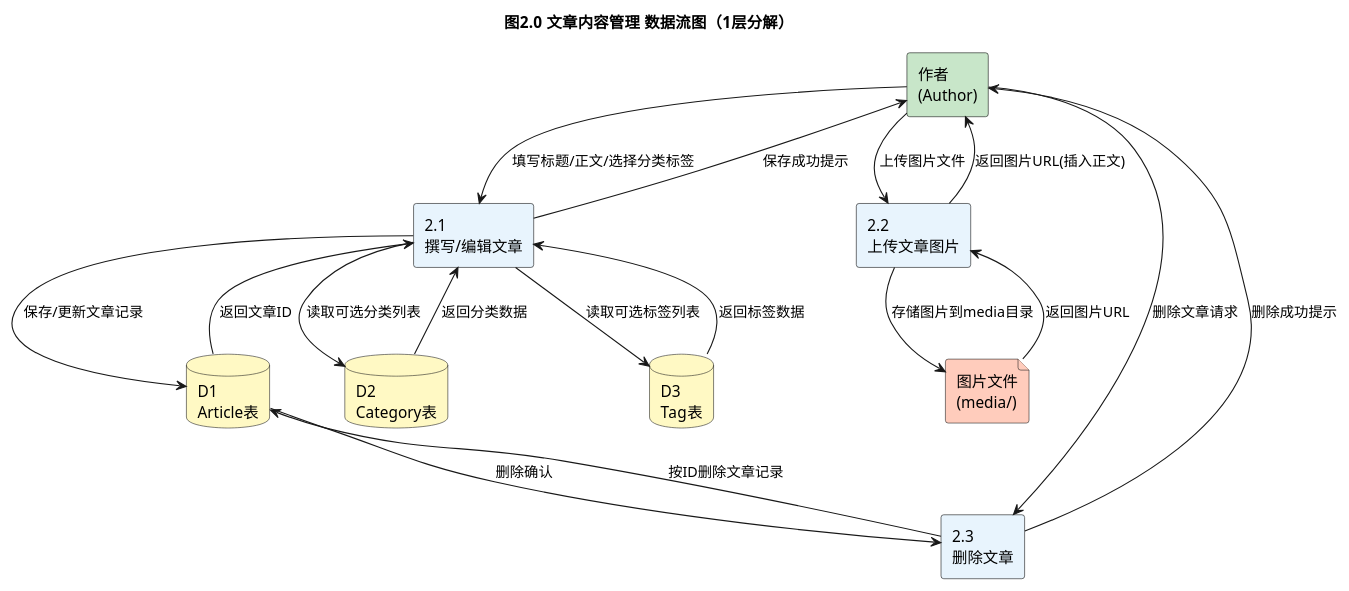
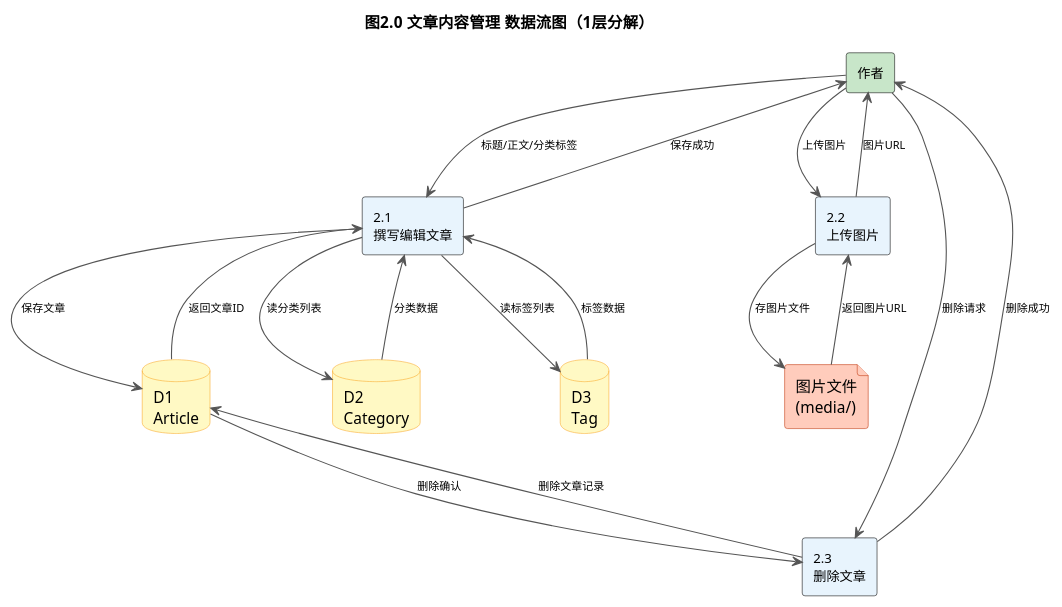
One commit to xiongyuanhao0525-bot/Class3-Group4 changed the third of 5 diagrams in doc/素材/纪秀茹/blog数据流图.puml. Above: the diagram before and after it, drawn with PlantUML. The commit also changed other lines of this file and 5 other files, not shown here.

Commit message:
纪秀茹：优化blog数据流图布局，解决标注重叠

```diff
--- a/doc/素材/纪秀茹/blog数据流图.puml
+++ b/doc/素材/纪秀茹/blog数据流图.puml
@@ -87,42 +89,51 @@
 @startuml DFD-2文章内容管理
 skinparam defaultFontName "Microsoft YaHei"
+skinparam nodesep 60
+skinparam ranksep 80
 skinparam rectangle {
   BackgroundColor #FEFEFE
   BorderColor black
+  FontSize 12
 }
+skinparam database {
+  BackgroundColor #FFF9C4
+  BorderColor #F9A825
+}
+skinparam file {
+  BackgroundColor #FFCCBC
+  BorderColor #BF360C
+}
+skinparam ArrowFontSize 10
+skinparam ArrowColor #555555
 title 图2.0  文章内容管理 数据流图（1层分解）
 
-' ===== 外部实体 =====
-rectangle "作者\n(Author)" as E2 #C8E6C9
+rectangle "作者" as E2 #C8E6C9
 
-' ===== 处理过程 =====
-rectangle "2.1\n撰写/编辑文章" as P21 #E8F4FD
-rectangle "2.2\n上传文章图片" as P22 #E8F4FD
+rectangle "2.1\n撰写编辑文章" as P21 #E8F4FD
+rectangle "2.2\n上传图片" as P22 #E8F4FD
 rectangle "2.3\n删除文章" as P23 #E8F4FD
 
-' ===== 数据存储 =====
-database "D1\nArticle表" as D1 #FFF9C4
-database "D2\nCategory表" as D2 #FFF9C4
-database "D3\nTag表" as D3 #FFF9C4
+database "D1\nArticle" as D1 #FFF9C4
+database "D2\nCategory" as D2 #FFF9C4
+database "D3\nTag" as D3 #FFF9C4
 file "图片文件\n(media/)" as F1 #FFCCBC
 
-' ===== 数据流 =====
-E2 --> P21 : 填写标题/正文/选择分类标签
-P21 --> D2 : 读取可选分类列表
-D2 --> P21 : 返回分类数据
-P21 --> D3 : 读取可选标签列表
-D3 --> P21 : 返回标签数据
-P21 --> D1 : 保存/更新文章记录
+E2 --> P21 : 标题/正文/分类标签
+P21 --> D2 : 读分类列表
+D2 --> P21 : 分类数据
+P21 --> D3 : 读标签列表
+D3 --> P21 : 标签数据
+P21 --> D1 : 保存文章
 D1 --> P21 : 返回文章ID
-P21 --> E2 : 保存成功提示
+P21 --> E2 : 保存成功
 
-E2 --> P22 : 上传图片文件
-P22 --> F1 : 存储图片到media目录
+E2 --> P22 : 上传图片
+P22 --> F1 : 存图片文件
 F1 --> P22 : 返回图片URL
-P22 --> E2 : 返回图片URL(插入正文)
+P22 --> E2 : 图片URL
 
-E2 --> P23 : 删除文章请求
-P23 --> D1 : 按ID删除文章记录
+E2 --> P23 : 删除请求
+P23 --> D1 : 删除文章记录
 D1 --> P23 : 删除确认
-P23 --> E2 : 删除成功提示
+P23 --> E2 : 删除成功
 @enduml
```
